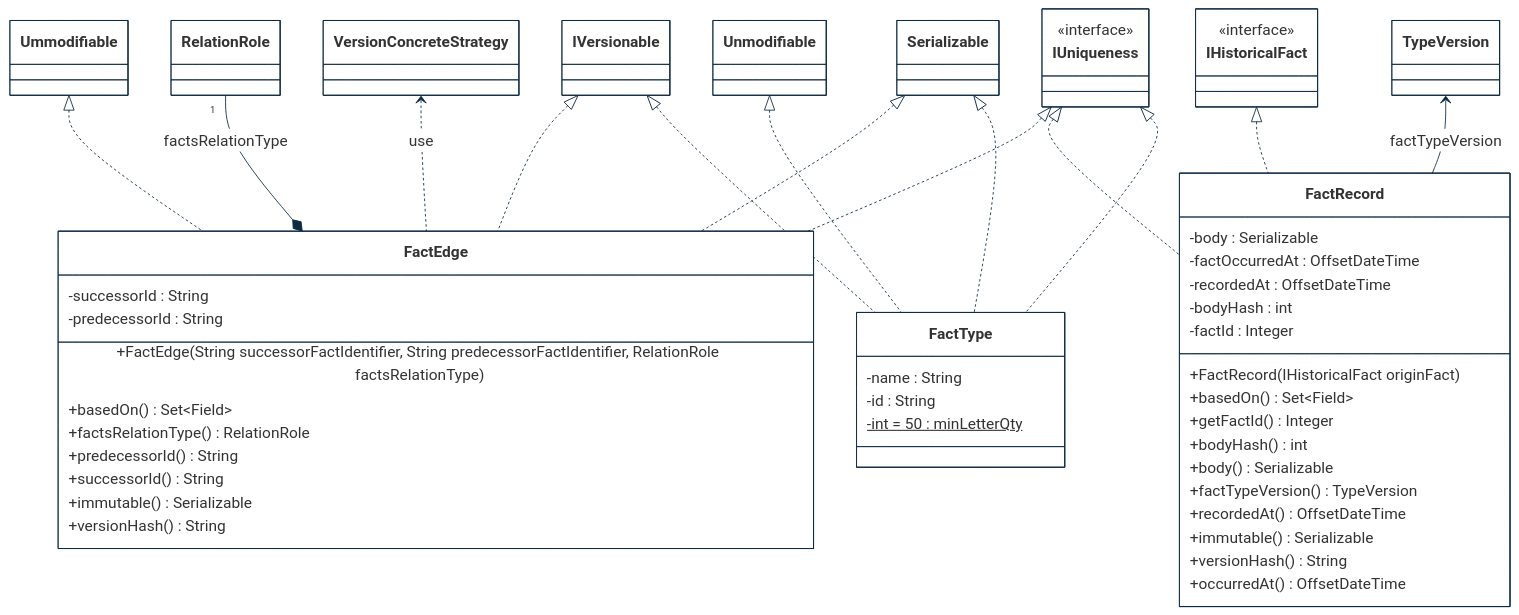
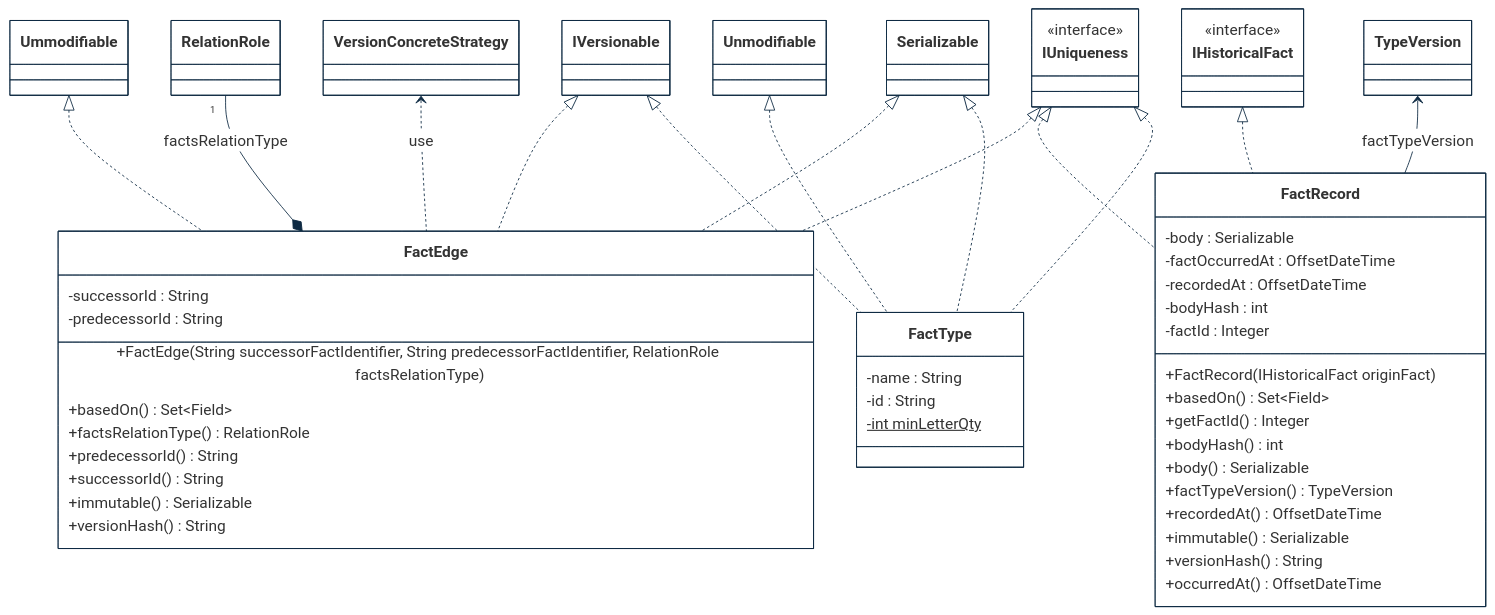
Before and after one commit to cybnity/foundation: the first of 3 diagrams in implementations-line/framework/immutable/designview-packages.md, drawn with Mermaid.

````diff
--- a/implementations-line/framework/immutable/designview-packages.md
+++ b/implementations-line/framework/immutable/designview-packages.md
@@ -15,76 +15,76 @@
 ```mermaid
 %%{
   init: {
     'theme': 'base',
     'themeVariables': {
         'background': '#ffffff',
         'fontFamily': 'arial',
         'fontSize': '18px',
         'primaryColor': '#fff',
         'primaryBorderColor': '#0e2a43',
         'secondaryBorderColor': '#0e2a43',
         'tertiaryBorderColor': '#0e2a43',
         'edgeLabelBackground':'#0e2a43',
         'lineColor': '#0e2a43',
         'tertiaryColor': '#fff'
     }
   }
 }%%
 classDiagram
     Ummodifiable <|.. FactEdge
     Unmodifiable <|.. FactType
     IVersionable <|.. FactEdge
     IVersionable <|.. FactType
     RelationRole "1" --* FactEdge : factsRelationType
     IHistoricalFact <|.. FactRecord
     VersionConcreteStrategy <.. FactEdge : use
     IUniqueness <|.. FactEdge
     IUniqueness <|.. FactRecord
     IUniqueness <|.. FactType
     Serializable <|.. FactEdge
     Serializable <|.. FactType
     TypeVersion <-- FactRecord : factTypeVersion
 
     class FactType {
         -name : String
         -id : String
-        -int = 50 : minLetterQty$
+        -int minLetterQty$
     }
     class IHistoricalFact {
         <<interface>>
     }
     class IUniqueness {
         <<interface>>
     }
     class RelationRole {
     }
     class FactEdge {
         -successorId : String
         -predecessorId : String
         +FactEdge(String successorFactIdentifier, String predecessorFactIdentifier, RelationRole factsRelationType)
         +basedOn() Set~Field~
         +factsRelationType() RelationRole
         +predecessorId() String
         +successorId() String
         +immutable() Serializable
         +versionHash() String
     }
     class FactRecord {
         -body : Serializable
         -factOccurredAt : OffsetDateTime
         -recordedAt : OffsetDateTime
         -bodyHash : int
         -factId : Integer
         +FactRecord(IHistoricalFact originFact)
         +basedOn() Set~Field~
         +getFactId() Integer
         +bodyHash() int
         +body() Serializable
         +factTypeVersion() TypeVersion
         +recordedAt() OffsetDateTime
         +immutable() Serializable
         +versionHash() String
         +occurredAt() OffsetDateTime
     }
 
 ```
````
